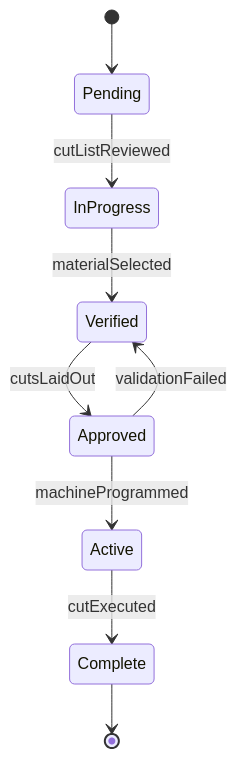
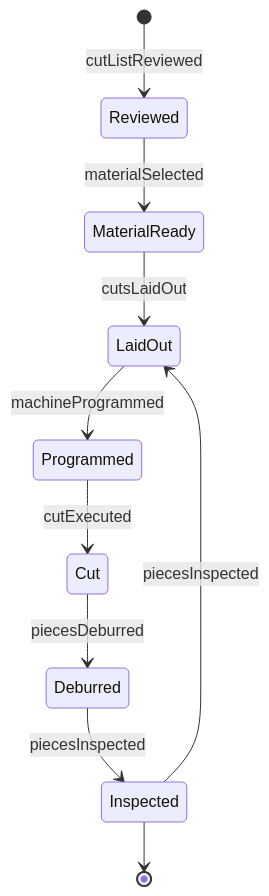
Before and after one commit to dot-org-ai/tasks.org.ai: the second of 4 diagrams in HandlingAndMovingObjects/CutMaterials/CutIndustrialMaterialsPreparationFabrication.mdx, drawn with Mermaid. The commit also changed other lines of this file and 515 other files, not shown here.

````diff
--- a/HandlingAndMovingObjects/CutMaterials/CutIndustrialMaterialsPreparationFabrication.mdx
+++ b/HandlingAndMovingObjects/CutMaterials/CutIndustrialMaterialsPreparationFabrication.mdx
@@ -98,11 +99,12 @@
 ```mermaid
 stateDiagram-v2
-    [*] --> Pending
-    Pending --> InProgress : cutListReviewed
-    InProgress --> Verified : materialSelected
-    Verified --> Approved : cutsLaidOut
-    Approved --> Active : machineProgrammed
-    Active --> Complete : cutExecuted
-    Approved --> Verified : validationFailed
-    Complete --> [*]
+    [*] --> Reviewed : cutListReviewed
+    Reviewed --> MaterialReady : materialSelected
+    MaterialReady --> LaidOut : cutsLaidOut
+    LaidOut --> Programmed : machineProgrammed
+    Programmed --> Cut : cutExecuted
+    Cut --> Deburred : piecesDeburred
+    Deburred --> Inspected : piecesInspected
+    Inspected --> LaidOut : piecesInspected
+    Inspected --> [*]
 ```
````
